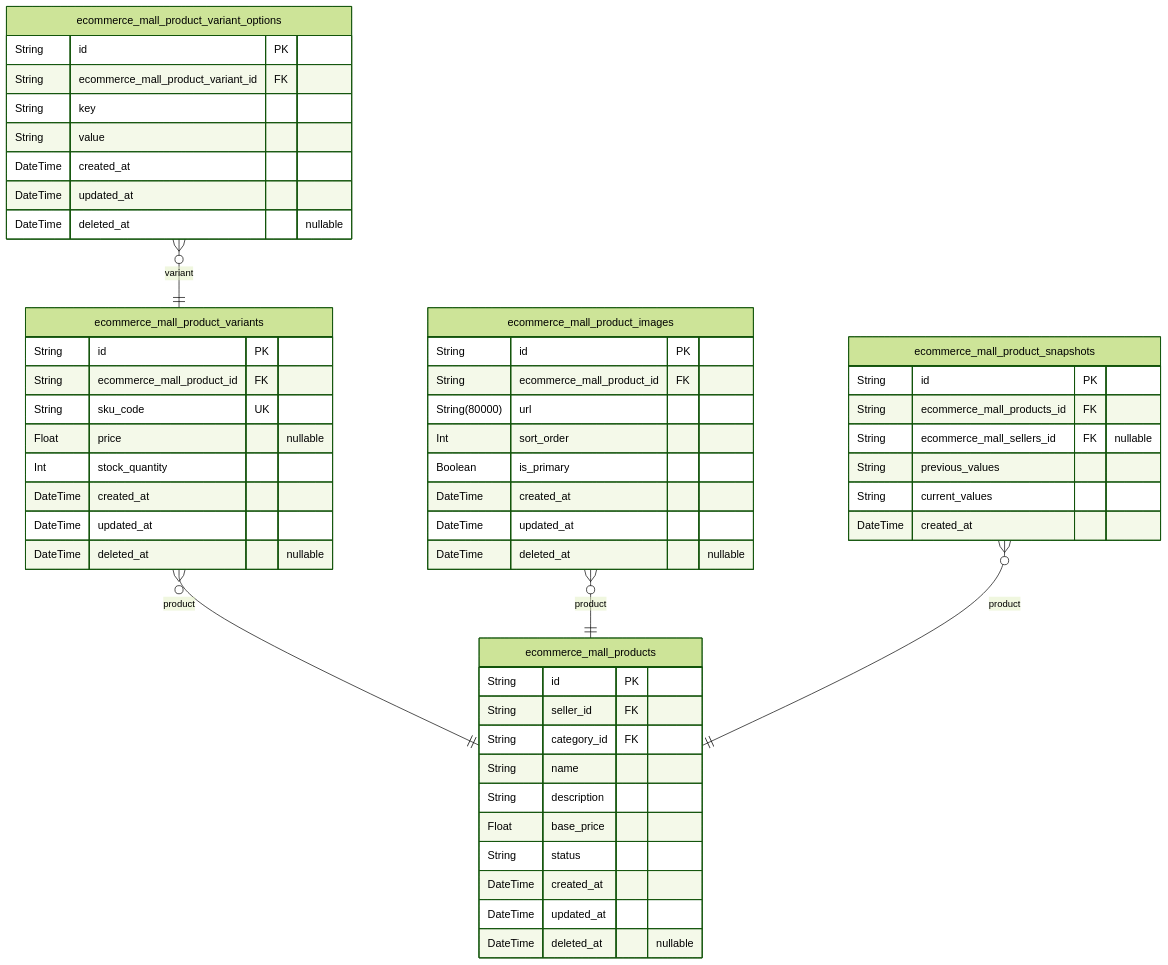
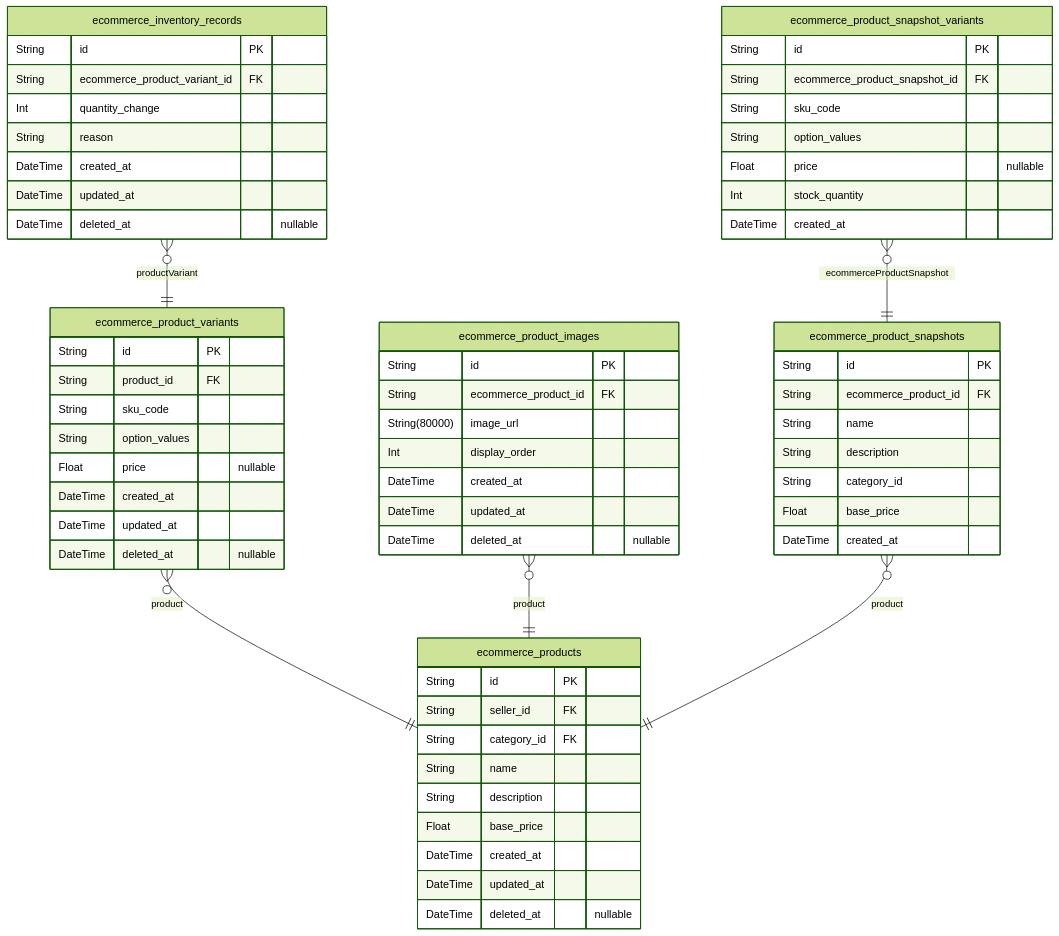
One commit to wrtnlabs/autobe-examples changed the fifth of 8 diagrams in qwen/qwen3.5-122b-a10b/shopping/docs/ERD.md. Above: the diagram before and after it, drawn with Mermaid (forest theme). The commit also changed other lines of this file and 32093 other files, not shown here.

````diff
--- a/qwen/qwen3.5-122b-a10b/shopping/docs/ERD.md
+++ b/qwen/qwen3.5-122b-a10b/shopping/docs/ERD.md
@@ -731,56 +1703,65 @@
 ```mermaid
 erDiagram
-"ecommerce_mall_products" {
+"ecommerce_products" {
   String id PK
   String seller_id FK
   String category_id FK
   String name
   String description
   Float base_price
-  String status
   DateTime created_at
   DateTime updated_at
   DateTime deleted_at "nullable"
 }
-"ecommerce_mall_product_variants" {
+"ecommerce_product_variants" {
   String id PK
-  String ecommerce_mall_product_id FK
-  String sku_code UK
+  String product_id FK
+  String sku_code
+  String option_values
   Float price "nullable"
-  Int stock_quantity
   DateTime created_at
   DateTime updated_at
   DateTime deleted_at "nullable"
 }
-"ecommerce_mall_product_images" {
+"ecommerce_product_images" {
   String id PK
-  String ecommerce_mall_product_id FK
-  String(80000) url
-  Int sort_order
-  Boolean is_primary
+  String ecommerce_product_id FK
+  String(80000) image_url
+  Int display_order
   DateTime created_at
   DateTime updated_at
   DateTime deleted_at "nullable"
 }
-"ecommerce_mall_product_snapshots" {
+"ecommerce_inventory_records" {
   String id PK
-  String ecommerce_mall_products_id FK
-  String ecommerce_mall_sellers_id FK "nullable"
-  String previous_values
-  String current_values
-  DateTime created_at
-}
-"ecommerce_mall_product_variant_options" {
-  String id PK
-  String ecommerce_mall_product_variant_id FK
-  String key
-  String value
+  String ecommerce_product_variant_id FK
+  Int quantity_change
+  String reason
   DateTime created_at
   DateTime updated_at
   DateTime deleted_at "nullable"
 }
-"ecommerce_mall_product_variants" }o--|| "ecommerce_mall_products" : product
-"ecommerce_mall_product_images" }o--|| "ecommerce_mall_products" : product
-"ecommerce_mall_product_snapshots" }o--|| "ecommerce_mall_products" : product
-"ecommerce_mall_product_variant_options" }o--|| "ecommerce_mall_product_variants" : variant
+"ecommerce_product_snapshots" {
+  String id PK
+  String ecommerce_product_id FK
+  String name
+  String description
+  String category_id
+  Float base_price
+  DateTime created_at
+}
+"ecommerce_product_snapshot_variants" {
+  String id PK
+  String ecommerce_product_snapshot_id FK
+  String sku_code
+  String option_values
+  Float price "nullable"
+  Int stock_quantity
+  DateTime created_at
+}
+"ecommerce_product_variants" }o--|| "ecommerce_products" : product
+"ecommerce_product_images" }o--|| "ecommerce_products" : product
+"ecommerce_inventory_records" }o--|| "ecommerce_product_variants" : productVariant
+"ecommerce_product_snapshots" }o--|| "ecommerce_products" : product
+"ecommerce_product_snapshot_variants" }o--|| "ecommerce_product_snapshots" : ecommerceProductSnapshot
 ```
````
